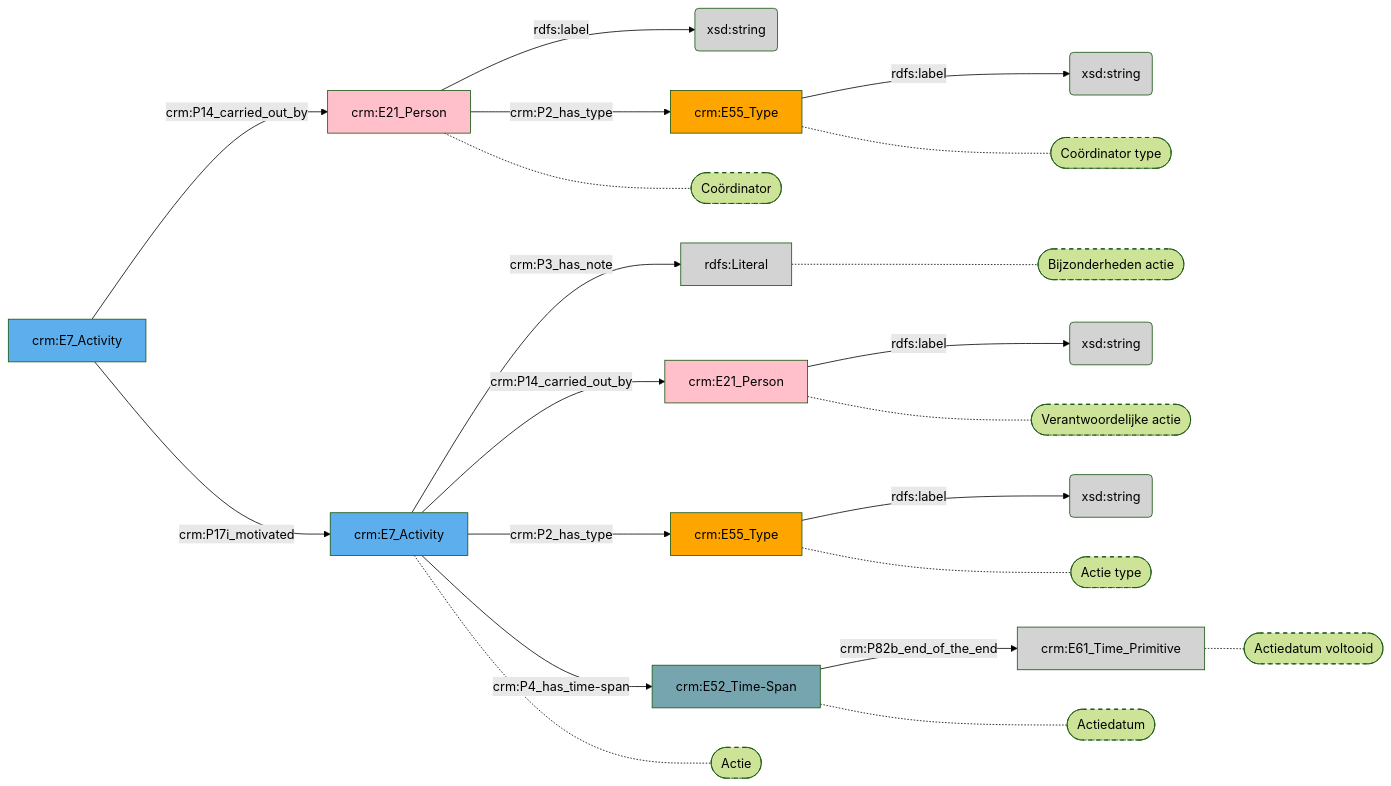
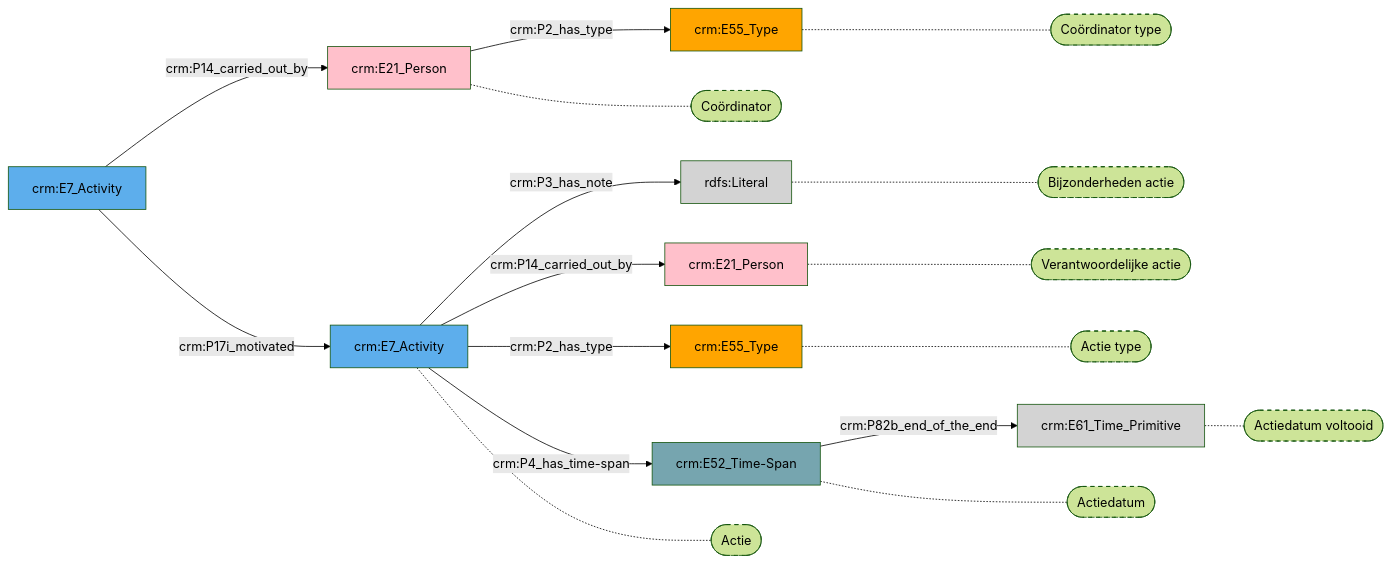
The diagram in docs/content/modellen/LoanIn/Coördinatie.md (digipolisantwerpdocumentation/antwerp-cultureel-erfgoed), drawn with Mermaid (forest theme) before and after one commit. The commit also changed 170 other files, not shown here.

````diff
--- a/docs/content/modellen/LoanIn/Coördinatie.md
+++ b/docs/content/modellen/LoanIn/Coördinatie.md
@@ -1,44 +1,36 @@
 ```mermaid
 graph LR
-39aecdfb-edce-11ee-bdf8-960002548b4f["crm:E55_Type"]-->|"rdfs:label"|467d0fe2-edce-11ee-9818-960002548b4f(xsd:string)
-417226f6-cc12-11ee-8447-960002548b4f["crm:E21_Person"]-->|"rdfs:label"|a68dc7fb-d7d9-11ee-b78a-960002548b4f(xsd:string)
+style 39aecdfb-edce-11ee-bdf8-960002548b4f fill:#ffa500
+style 417226f6-cc12-11ee-8447-960002548b4f fill:#ffc0cb
+style 8e8a22eb-d631-11ee-b9e8-960002548b4f fill:#76A5AF
+style 95c26b84-cfdc-11ee-8ffa-960002548b4f fill:#5DAEEC
+style 9f2556d3-d632-11ee-ba81-960002548b4f fill:#D3D3D3
+style b3e8a849-cfdc-11ee-98a4-960002548b4f fill:#D3D3D3
+style c585cc26-cc05-11ee-876f-960002548b4f fill:#5DAEEC
+style c7a02c01-cfdc-11ee-8e63-960002548b4f fill:#ffc0cb
+style cd20228b-edcd-11ee-b592-960002548b4f fill:#ffa500
 95c26b84-cfdc-11ee-8ffa-960002548b4f["crm:E7_Activity"]-->|"crm:P3_has_note"|b3e8a849-cfdc-11ee-98a4-960002548b4f(rdfs:Literal)
-c7a02c01-cfdc-11ee-8e63-960002548b4f["crm:E21_Person"]-->|"rdfs:label"|f7f0b171-edcd-11ee-abba-960002548b4f(xsd:string)
-cd20228b-edcd-11ee-b592-960002548b4f["crm:E55_Type"]-->|"rdfs:label"|e33195bd-edcd-11ee-b487-960002548b4f(xsd:string)
 417226f6-cc12-11ee-8447-960002548b4f["crm:E21_Person"]-->|"crm:P2_has_type"|39aecdfb-edce-11ee-bdf8-960002548b4f["crm:E55_Type"]
 8e8a22eb-d631-11ee-b9e8-960002548b4f["crm:E52_Time-Span"]-->|"crm:P82b_end_of_the_end"|9f2556d3-d632-11ee-ba81-960002548b4f["crm:E61_Time_Primitive"]
 95c26b84-cfdc-11ee-8ffa-960002548b4f["crm:E7_Activity"]-->|"crm:P14_carried_out_by"|c7a02c01-cfdc-11ee-8e63-960002548b4f["crm:E21_Person"]
 95c26b84-cfdc-11ee-8ffa-960002548b4f["crm:E7_Activity"]-->|"crm:P2_has_type"|cd20228b-edcd-11ee-b592-960002548b4f["crm:E55_Type"]
 95c26b84-cfdc-11ee-8ffa-960002548b4f["crm:E7_Activity"]-->|"crm:P4_has_time-span"|8e8a22eb-d631-11ee-b9e8-960002548b4f["crm:E52_Time-Span"]
 c585cc26-cc05-11ee-876f-960002548b4f["crm:E7_Activity"]-->|"crm:P14_carried_out_by"|417226f6-cc12-11ee-8447-960002548b4f["crm:E21_Person"]
 c585cc26-cc05-11ee-876f-960002548b4f["crm:E7_Activity"]-->|"crm:P17i_motivated"|95c26b84-cfdc-11ee-8ffa-960002548b4f["crm:E7_Activity"]
+style 39aecdfb-edce-11ee-bdf8-960002548b4f_s stroke-dasharray: 5
+style 9f2556d3-d632-11ee-ba81-960002548b4f_s stroke-dasharray: 5
+style c7a02c01-cfdc-11ee-8e63-960002548b4f_s stroke-dasharray: 5
+style cd20228b-edcd-11ee-b592-960002548b4f_s stroke-dasharray: 5
+style b3e8a849-cfdc-11ee-98a4-960002548b4f_s stroke-dasharray: 5
+style 8e8a22eb-d631-11ee-b9e8-960002548b4f_s stroke-dasharray: 5
+style 417226f6-cc12-11ee-8447-960002548b4f_s stroke-dasharray: 5
+style 95c26b84-cfdc-11ee-8ffa-960002548b4f_s stroke-dasharray: 5
 39aecdfb-edce-11ee-bdf8-960002548b4f["crm:E55_Type"]-.-39aecdfb-edce-11ee-bdf8-960002548b4f_s(["Coördinator type"])
 9f2556d3-d632-11ee-ba81-960002548b4f["crm:E61_Time_Primitive"]-.-9f2556d3-d632-11ee-ba81-960002548b4f_s(["Actiedatum voltooid"])
 c7a02c01-cfdc-11ee-8e63-960002548b4f["crm:E21_Person"]-.-c7a02c01-cfdc-11ee-8e63-960002548b4f_s(["Verantwoordelijke actie"])
 cd20228b-edcd-11ee-b592-960002548b4f["crm:E55_Type"]-.-cd20228b-edcd-11ee-b592-960002548b4f_s(["Actie type"])
 b3e8a849-cfdc-11ee-98a4-960002548b4f["rdfs:Literal"]-.-b3e8a849-cfdc-11ee-98a4-960002548b4f_s(["Bijzonderheden actie"])
 8e8a22eb-d631-11ee-b9e8-960002548b4f["crm:E52_Time-Span"]-.-8e8a22eb-d631-11ee-b9e8-960002548b4f_s(["Actiedatum"])
 417226f6-cc12-11ee-8447-960002548b4f["crm:E21_Person"]-.-417226f6-cc12-11ee-8447-960002548b4f_s(["Coördinator"])
 95c26b84-cfdc-11ee-8ffa-960002548b4f["crm:E7_Activity"]-.-95c26b84-cfdc-11ee-8ffa-960002548b4f_s(["Actie"])
-style 39aecdfb-edce-11ee-bdf8-960002548b4f_s stroke-dasharray: 5
-style 9f2556d3-d632-11ee-ba81-960002548b4f_s stroke-dasharray: 5
-style c7a02c01-cfdc-11ee-8e63-960002548b4f_s stroke-dasharray: 5
-style cd20228b-edcd-11ee-b592-960002548b4f_s stroke-dasharray: 5
-style b3e8a849-cfdc-11ee-98a4-960002548b4f_s stroke-dasharray: 5
-style 8e8a22eb-d631-11ee-b9e8-960002548b4f_s stroke-dasharray: 5
-style 417226f6-cc12-11ee-8447-960002548b4f_s stroke-dasharray: 5
-style 95c26b84-cfdc-11ee-8ffa-960002548b4f_s stroke-dasharray: 5
-style 39aecdfb-edce-11ee-bdf8-960002548b4f fill:#ffa500
-style 417226f6-cc12-11ee-8447-960002548b4f fill:#ffc0cb
-style 467d0fe2-edce-11ee-9818-960002548b4f fill:#D3D3D3
-style 8e8a22eb-d631-11ee-b9e8-960002548b4f fill:#76A5AF
-style 95c26b84-cfdc-11ee-8ffa-960002548b4f fill:#5DAEEC
-style 9f2556d3-d632-11ee-ba81-960002548b4f fill:#D3D3D3
-style a68dc7fb-d7d9-11ee-b78a-960002548b4f fill:#D3D3D3
-style b3e8a849-cfdc-11ee-98a4-960002548b4f fill:#D3D3D3
-style c585cc26-cc05-11ee-876f-960002548b4f fill:#5DAEEC
-style c7a02c01-cfdc-11ee-8e63-960002548b4f fill:#ffc0cb
-style cd20228b-edcd-11ee-b592-960002548b4f fill:#ffa500
-style e33195bd-edcd-11ee-b487-960002548b4f fill:#D3D3D3
-style f7f0b171-edcd-11ee-abba-960002548b4f fill:#D3D3D3
 ```
````
